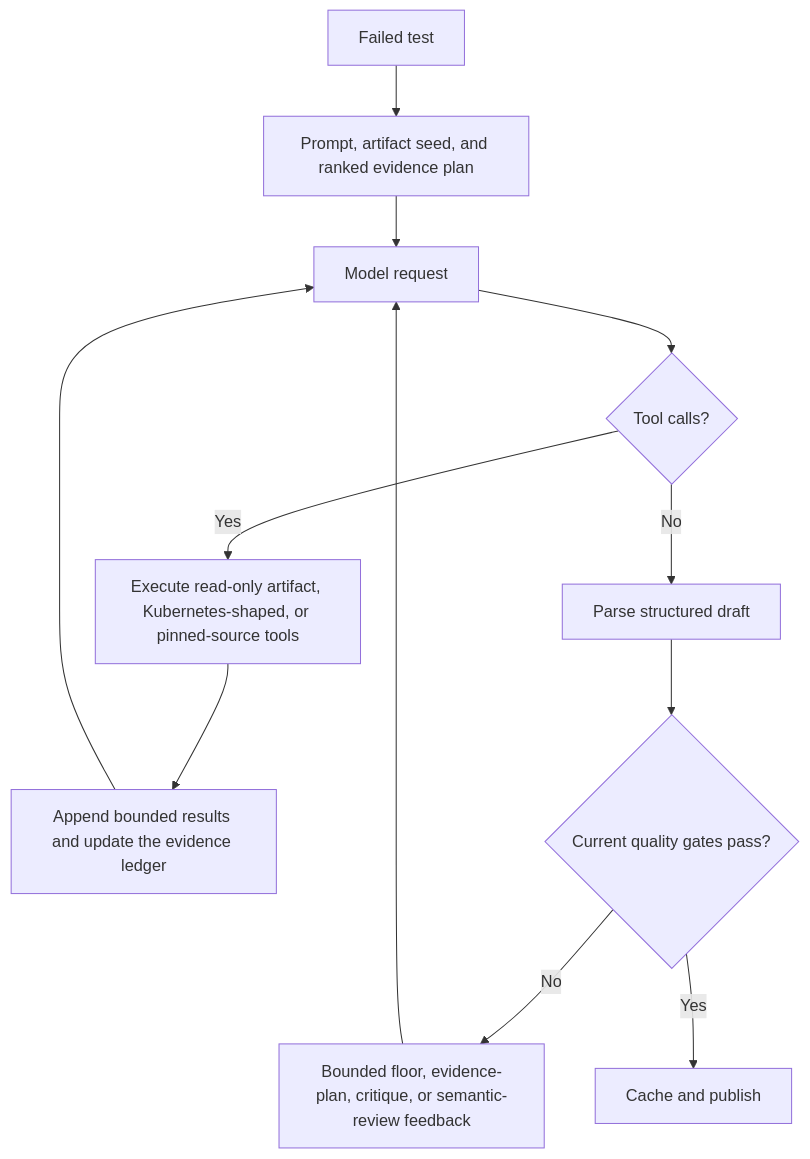
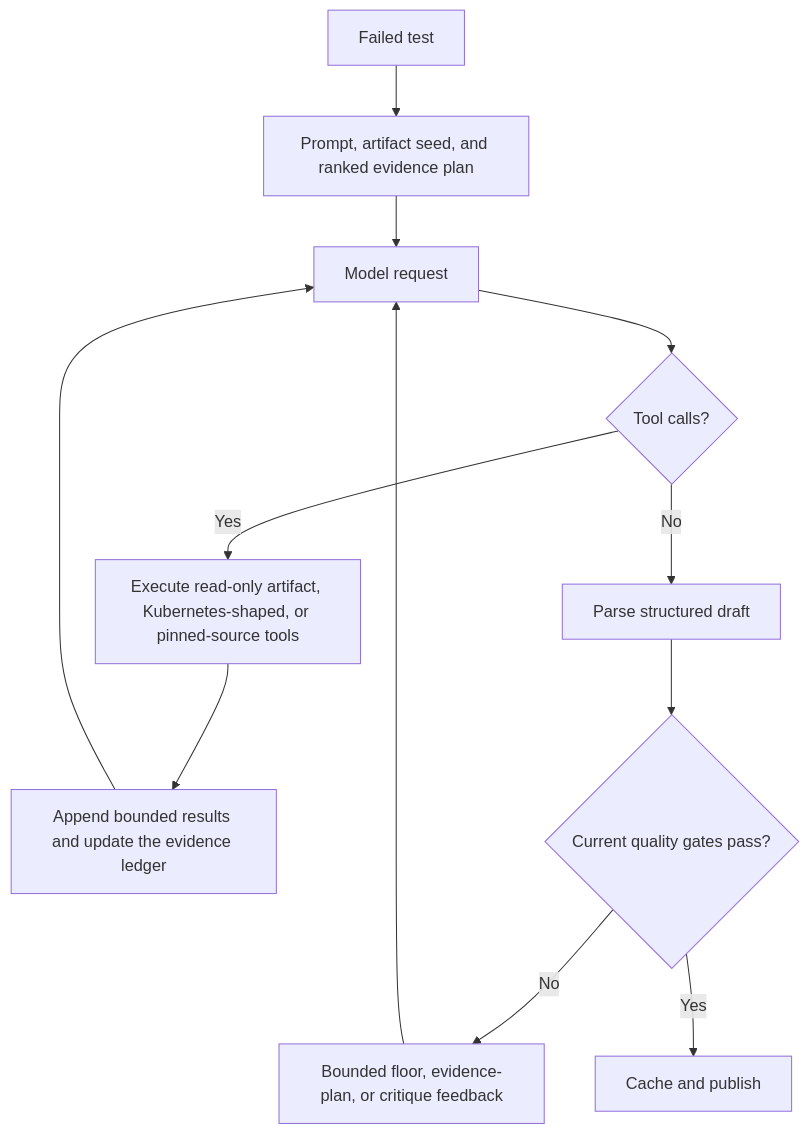
The diagram in docs/agentic.md (willie-yao/aster), drawn with Mermaid before and after one commit. The commit also changed other lines of this file and 56 other files, not shown here.

````diff
--- a/docs/agentic.md
+++ b/docs/agentic.md
@@ -57,14 +56,14 @@
 ```mermaid
 flowchart TD
     A["Failed test"] --> B["Prompt, artifact seed, and ranked evidence plan"]
     B --> C["Model request"]
     C --> D{"Tool calls?"}
     D -->|Yes| E["Execute read-only artifact, Kubernetes-shaped, or pinned-source tools"]
     E --> F["Append bounded results and update the evidence ledger"]
     F --> C
     D -->|No| G["Parse structured draft"]
     G --> H{"Current quality gates pass?"}
-    H -->|No| I["Bounded floor, evidence-plan, critique, or semantic-review feedback"]
+    H -->|No| I["Bounded floor, evidence-plan, or critique feedback"]
     I --> C
     H -->|Yes| J["Cache and publish"]
 ```
````
